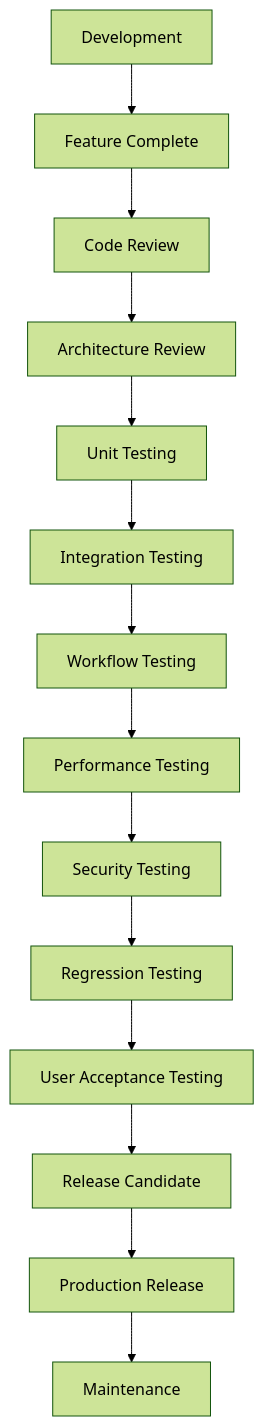
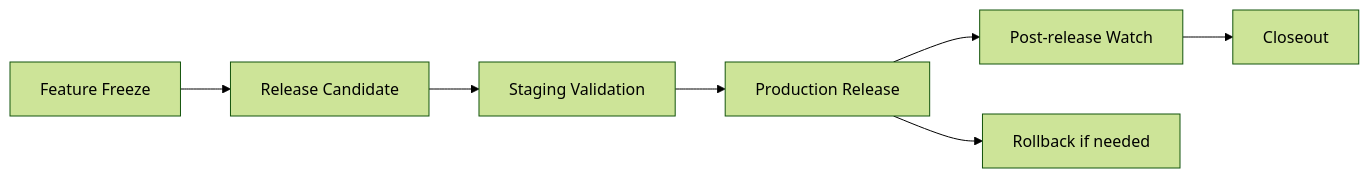
One commit to Bencantest/ohgl-chp-system changed the diagram in docs/releases/RELEASE_PROCESS.md. Above: the diagram before and after it, drawn with Mermaid (forest theme). The commit also changed other lines of this file and 24 other files, not shown here.

````diff
--- a/docs/releases/RELEASE_PROCESS.md
+++ b/docs/releases/RELEASE_PROCESS.md
@@ -7,16 +9,9 @@
 ```mermaid
-flowchart TD
-  Dev[Development] --> FC[Feature Complete]
-  FC --> CR[Code Review]
-  CR --> AR[Architecture Review]
-  AR --> Unit[Unit Testing]
-  Unit --> Int[Integration Testing]
-  Int --> Workflow[Workflow Testing]
-  Workflow --> Perf[Performance Testing]
-  Perf --> Sec[Security Testing]
-  Sec --> Reg[Regression Testing]
-  Reg --> UAT[User Acceptance Testing]
-  UAT --> RC[Release Candidate]
-  RC --> Prod[Production Release]
-  Prod --> Maint[Maintenance]
+flowchart LR
+  Freeze[Feature Freeze] --> RC[Release Candidate]
+  RC --> Staging[Staging Validation]
+  Staging --> Prod[Production Release]
+  Prod --> Watch[Post-release Watch]
+  Watch --> Close[Closeout]
+  Prod --> Rollback[Rollback if needed]
 ```
````
